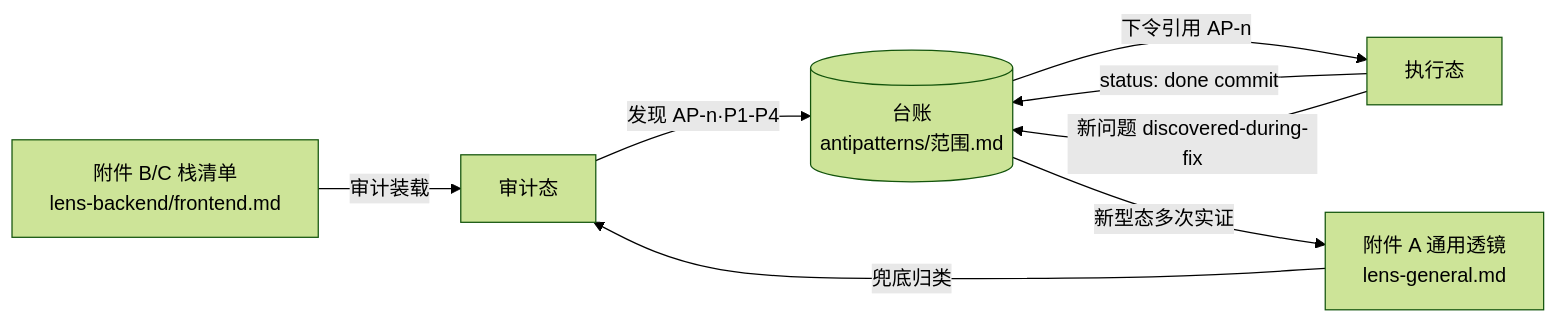
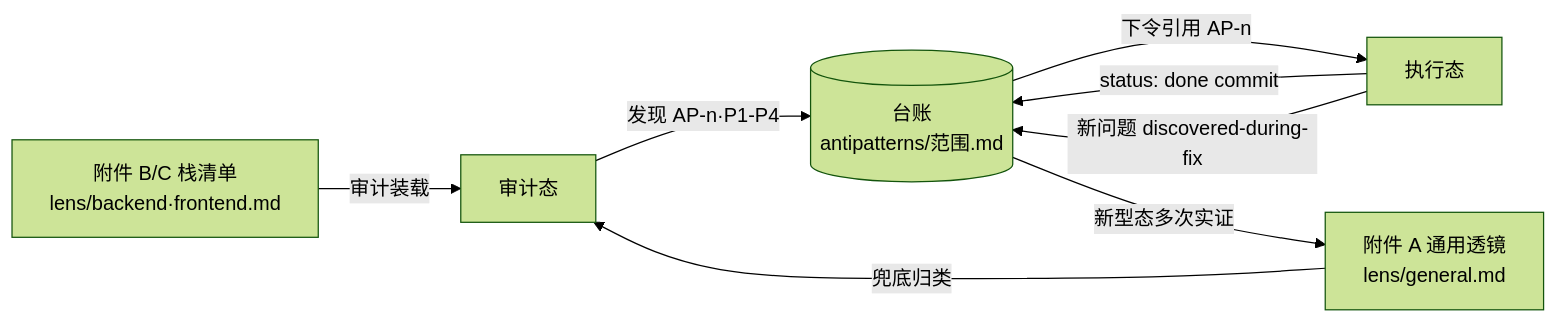
The fifth of 5 diagrams in doclens/skills/anti-patterns/lens/flow.md (zhlhaohao/doclens), drawn with Mermaid (forest theme) before and after one commit. The commit also changed other lines of this file and 4 other files, not shown here.

````diff
--- a/doclens/skills/anti-patterns/lens/flow.md
+++ b/doclens/skills/anti-patterns/lens/flow.md
@@ -106,10 +106,10 @@
 ```mermaid
 flowchart LR
-    LENS["附件 B/C 栈清单<br/>lens-backend/frontend.md"] -->|审计装载| AUDIT2["审计态"]
-    GEN["附件 A 通用透镜<br/>lens-general.md"] -->|兜底归类| AUDIT2
+    LENS["附件 B/C 栈清单<br/>lens/backend·frontend.md"] -->|审计装载| AUDIT2["审计态"]
+    GEN["附件 A 通用透镜<br/>lens/general.md"] -->|兜底归类| AUDIT2
     AUDIT2 -->|发现 AP-n·P1-P4| LEDGER[("台账<br/>antipatterns/范围.md")]
     LEDGER -->|下令引用 AP-n| EXEC2["执行态"]
     EXEC2 -->|status: done commit| LEDGER
     EXEC2 -->|新问题 discovered-during-fix| LEDGER
     LEDGER -->|新型态多次实证| GEN
 ```
````
